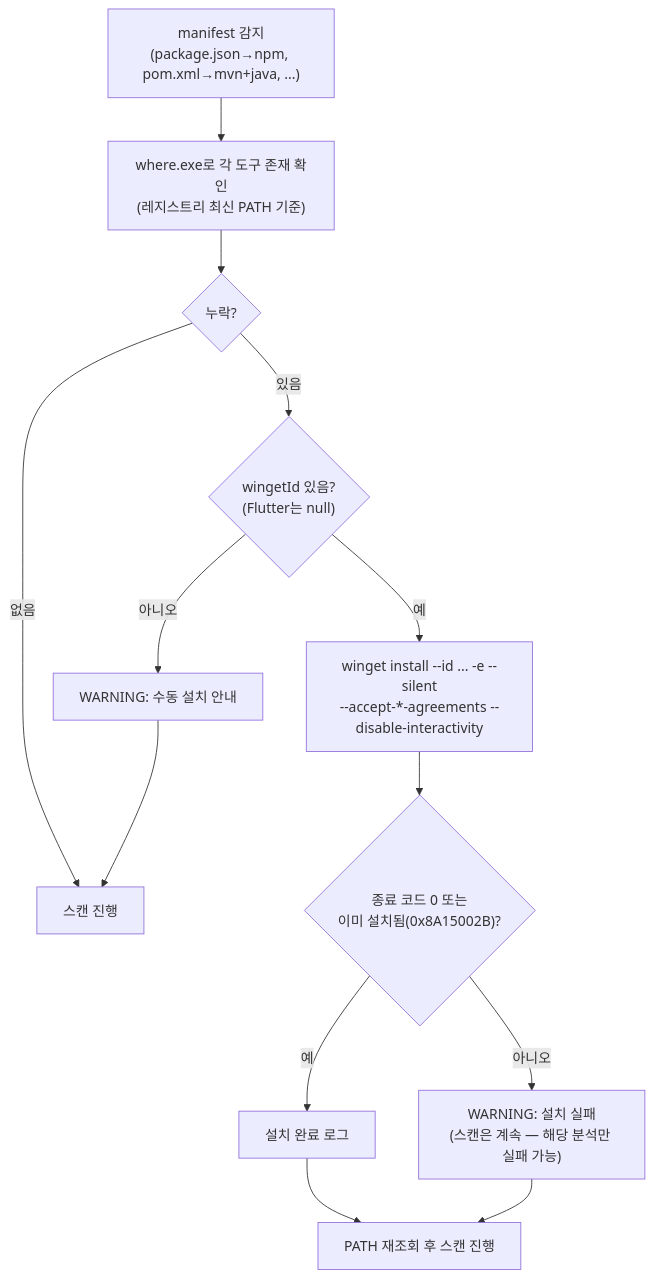
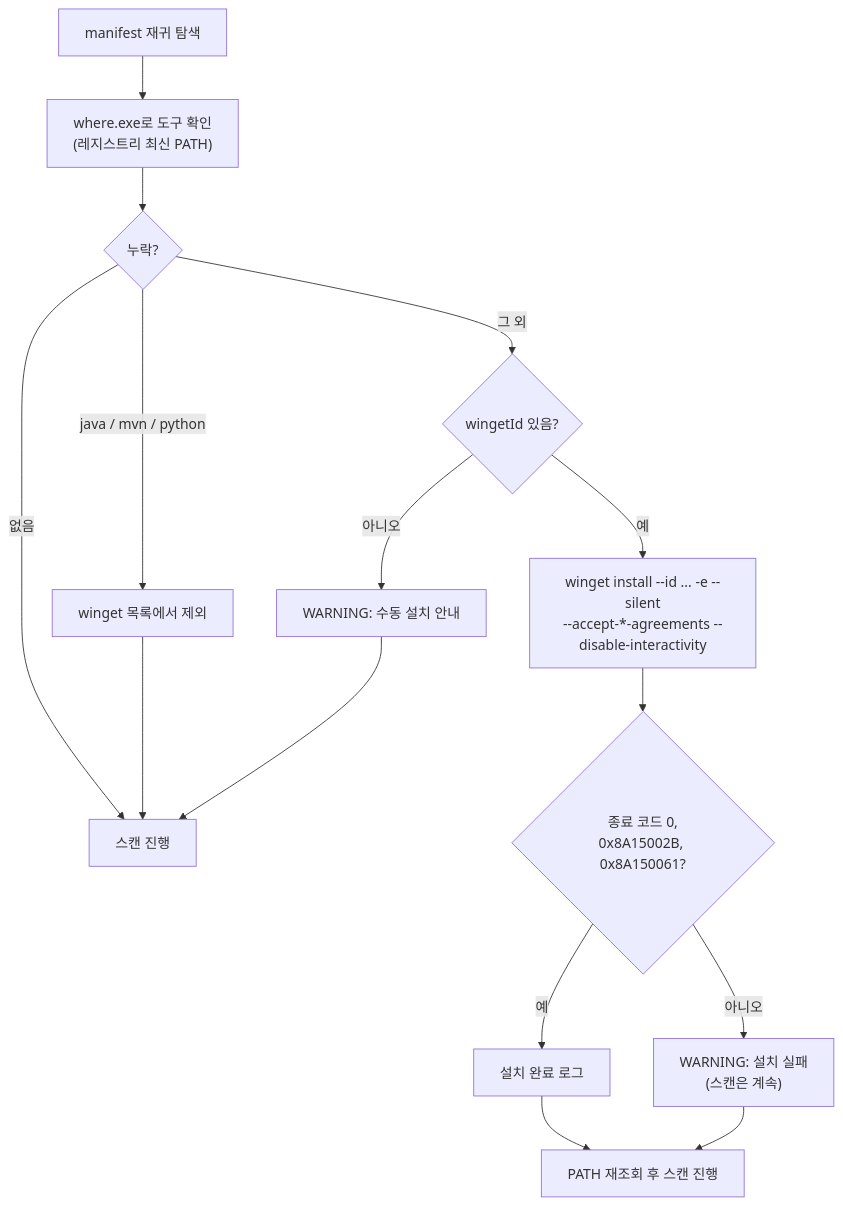
Before and after one commit to fosslight/fosslight_scanner_gui: the second of 3 diagrams in docs/02-scan-flow.md, drawn with Mermaid. The commit also changed other lines of this file and 8 other files, not shown here.

````diff
--- a/docs/02-scan-flow.md
+++ b/docs/02-scan-flow.md
@@ -49,12 +61,14 @@
 ```mermaid
 flowchart TD
-    A["manifest 감지<br/>(package.json→npm, pom.xml→mvn+java, ...)"] --> B["where.exe로 각 도구 존재 확인<br/>(레지스트리 최신 PATH 기준)"]
+    A["manifest 재귀 탐색"] --> B["where.exe로 도구 확인<br/>(레지스트리 최신 PATH)"]
     B --> C{누락?}
     C -- 없음 --> Z[스캔 진행]
-    C -- 있음 --> D{"wingetId 있음?<br/>(Flutter는 null)"}
+    C -- java / mvn / python --> C1["winget 목록에서 제외"]
+    C1 --> Z
+    C -- 그 외 --> D{"wingetId 있음?"}
     D -- 아니오 --> D1["WARNING: 수동 설치 안내"] --> Z
     D -- 예 --> E["winget install --id ... -e --silent<br/>--accept-*-agreements --disable-interactivity"]
-    E --> F{"종료 코드 0 또는<br/>이미 설치됨(0x8A15002B)?"}
+    E --> F{"종료 코드 0,<br/>0x8A15002B, 0x8A150061?"}
     F -- 예 --> G["설치 완료 로그"] --> H["PATH 재조회 후 스캔 진행"]
-    F -- 아니오 --> I["WARNING: 설치 실패<br/>(스캔은 계속 — 해당 분석만 실패 가능)"] --> H
+    F -- 아니오 --> I["WARNING: 설치 실패<br/>(스캔은 계속)"] --> H
 ```
````
